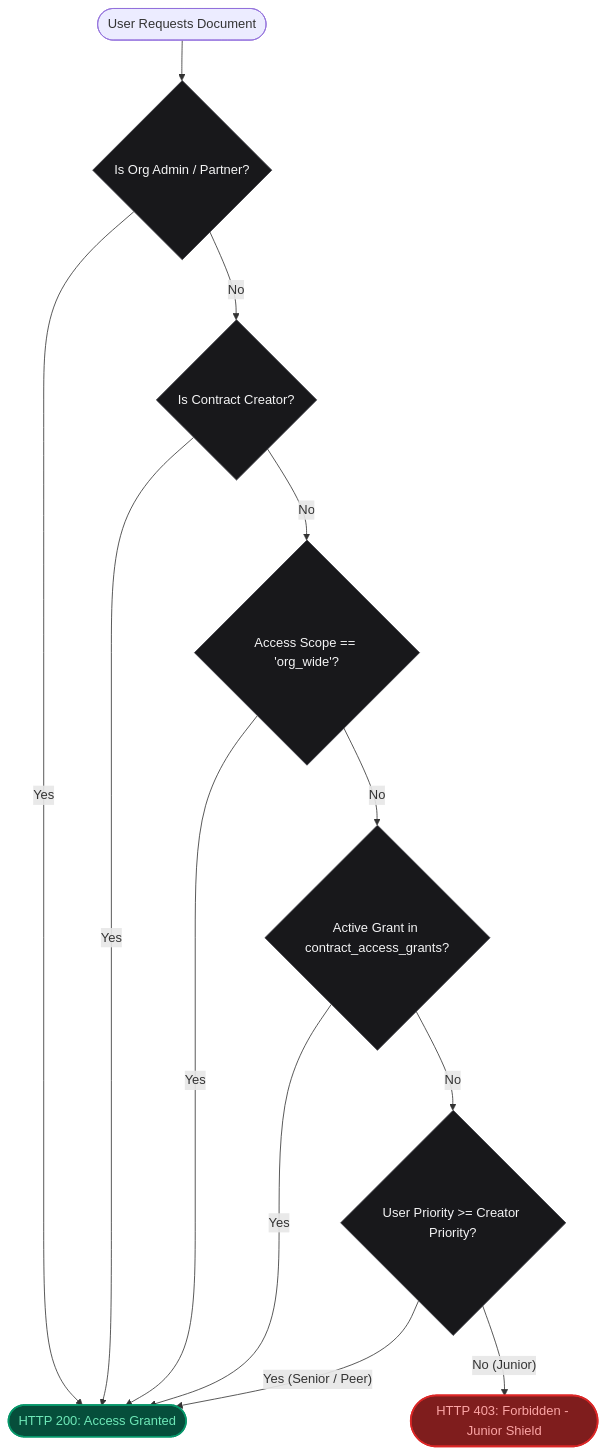
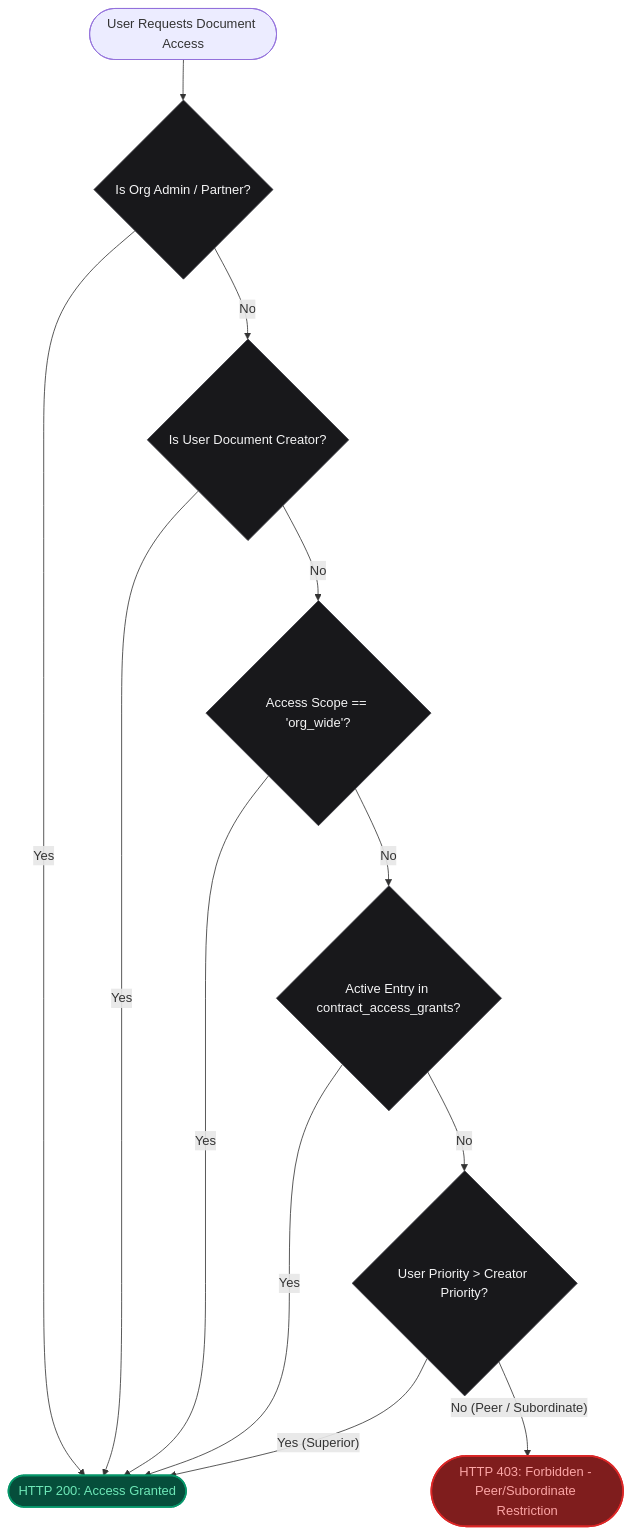
One commit to gagan-devv/docusage changed the second of 4 diagrams in ARCHITECTURE.md. Above: the diagram before and after it, drawn with Mermaid. The commit also changed other lines of this file and 12 other files, not shown here.

First line of the commit message:
feat(architecture): update system architecture, enforce priority RBAC & C-RAG pipeline

````diff
--- a/ARCHITECTURE.md
+++ b/ARCHITECTURE.md
@@ -125,26 +108,26 @@
 ```mermaid
 flowchart TD
-    req([User Requests Document]) --> isAdmin{Is Org Admin / Partner?}
+    req([User Requests Document Access]) --> isAdmin{Is Org Admin / Partner?}
     isAdmin -- Yes --> allow([HTTP 200: Access Granted])
-    isAdmin -- No --> isCreator{Is Contract Creator?}
+    isAdmin -- No --> isCreator{Is User Document Creator?}
     
     isCreator -- Yes --> allow
     isCreator -- No --> isOrgWide{Access Scope == 'org_wide'?}
     
     isOrgWide -- Yes --> allow
-    isOrgWide -- No --> hasGrant{Active Grant in contract_access_grants?}
+    isOrgWide -- No --> hasGrant{Active Entry in contract_access_grants?}
     
     hasGrant -- Yes --> allow
-    hasGrant -- No --> checkSeniority{User Priority >= Creator Priority?}
+    hasGrant -- No --> checkSeniority{User Priority > Creator Priority?}
     
-    checkSeniority -- Yes (Senior / Peer) --> allow
-    checkSeniority -- No (Junior) --> deny([HTTP 403: Forbidden - Junior Shield])
+    checkSeniority -- Yes (Superior) --> allow
+    checkSeniority -- No (Peer / Subordinate) --> deny([HTTP 403: Forbidden - Peer/Subordinate Restriction])
 
     classDef allowStyle fill:#064e3b,stroke:#059669,stroke-width:2px,color:#6ee7b7;
     classDef denyStyle fill:#7f1d1d,stroke:#dc2626,stroke-width:2px,color:#fca5a5;
     classDef decisionStyle fill:#18181b,stroke:#3f3f46,stroke-width:1px,color:#f4f4f5;
 
     class allow allowStyle;
     class deny denyStyle;
     class isAdmin,isCreator,isOrgWide,hasGrant,checkSeniority decisionStyle;
 ```
````
